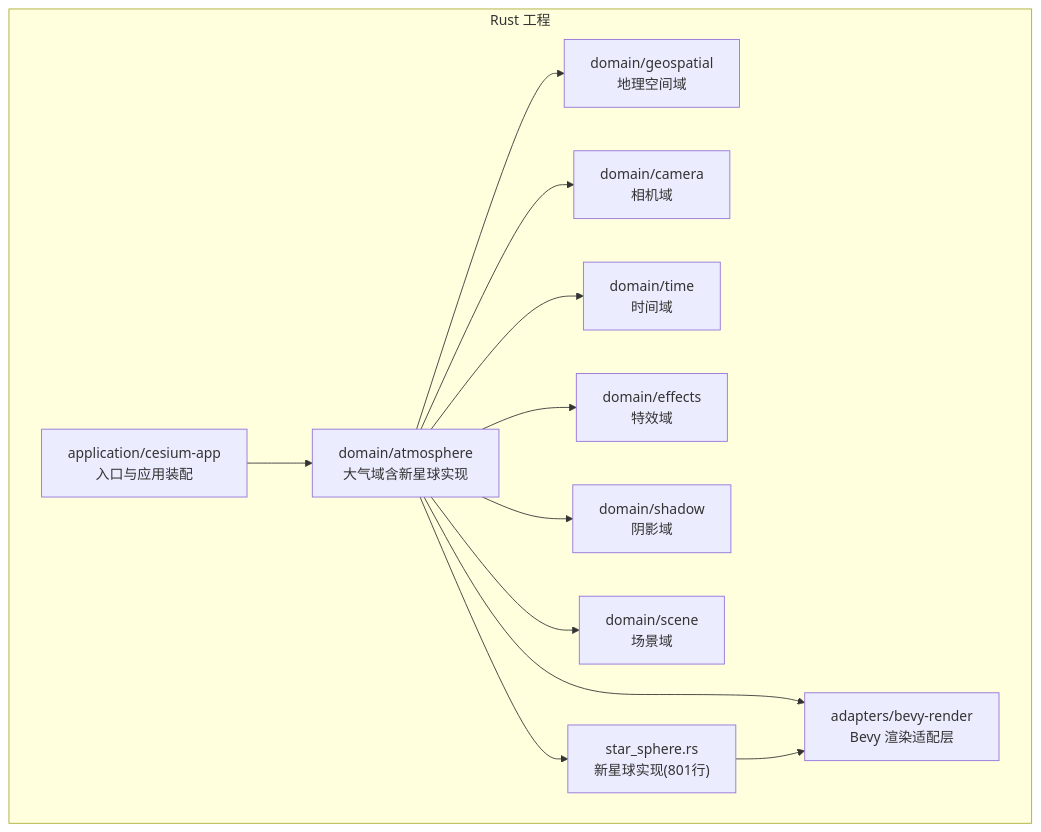
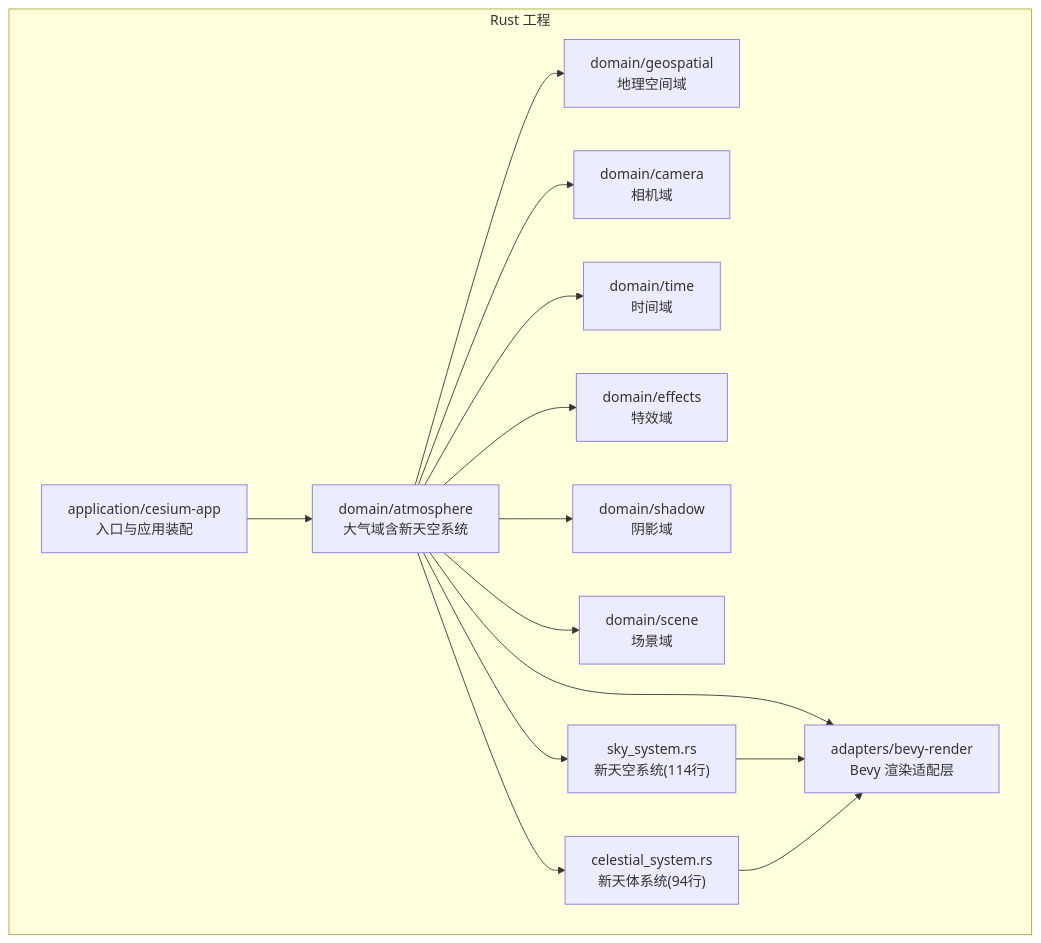
One commit to rzhangjing/cesium changed the first of 6 diagrams in .qoder/repowiki/zh/content/项目概述/核心特性/大气系统.md. Above: the diagram before and after it, drawn with Mermaid. The commit also changed other lines of this file and 57 other files, not shown here.

````diff
--- a/.qoder/repowiki/zh/content/项目概述/核心特性/大气系统.md
+++ b/.qoder/repowiki/zh/content/项目概述/核心特性/大气系统.md
@@ -49,25 +45,28 @@
 ```mermaid
 graph TB
 subgraph "Rust 工程"
 A["application/cesium-app<br/>入口与应用装配"]
-B["domain/atmosphere<br/>大气域含新星球实现"]
+B["domain/atmosphere<br/>大气域含新天空系统"]
 C["domain/geospatial<br/>地理空间域"]
 D["domain/camera<br/>相机域"]
 E["domain/time<br/>时间域"]
 F["domain/effects<br/>特效域"]
 G["domain/shadow<br/>阴影域"]
 H["domain/scene<br/>场景域"]
 I["adapters/bevy-render<br/>Bevy 渲染适配层"]
-J["star_sphere.rs<br/>新星球实现(801行)"]
+J["sky_system.rs<br/>新天空系统(114行)"]
+K["celestial_system.rs<br/>新天体系统(94行)"]
 end
 A --> B
 B --> C
 B --> D
 B --> E
 B --> F
 B --> G
 B --> H
 B --> I
 B --> J
+B --> K
 J --> I
+K --> I
 ```
````
